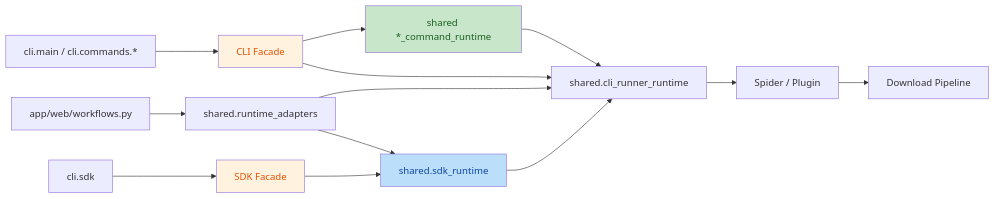
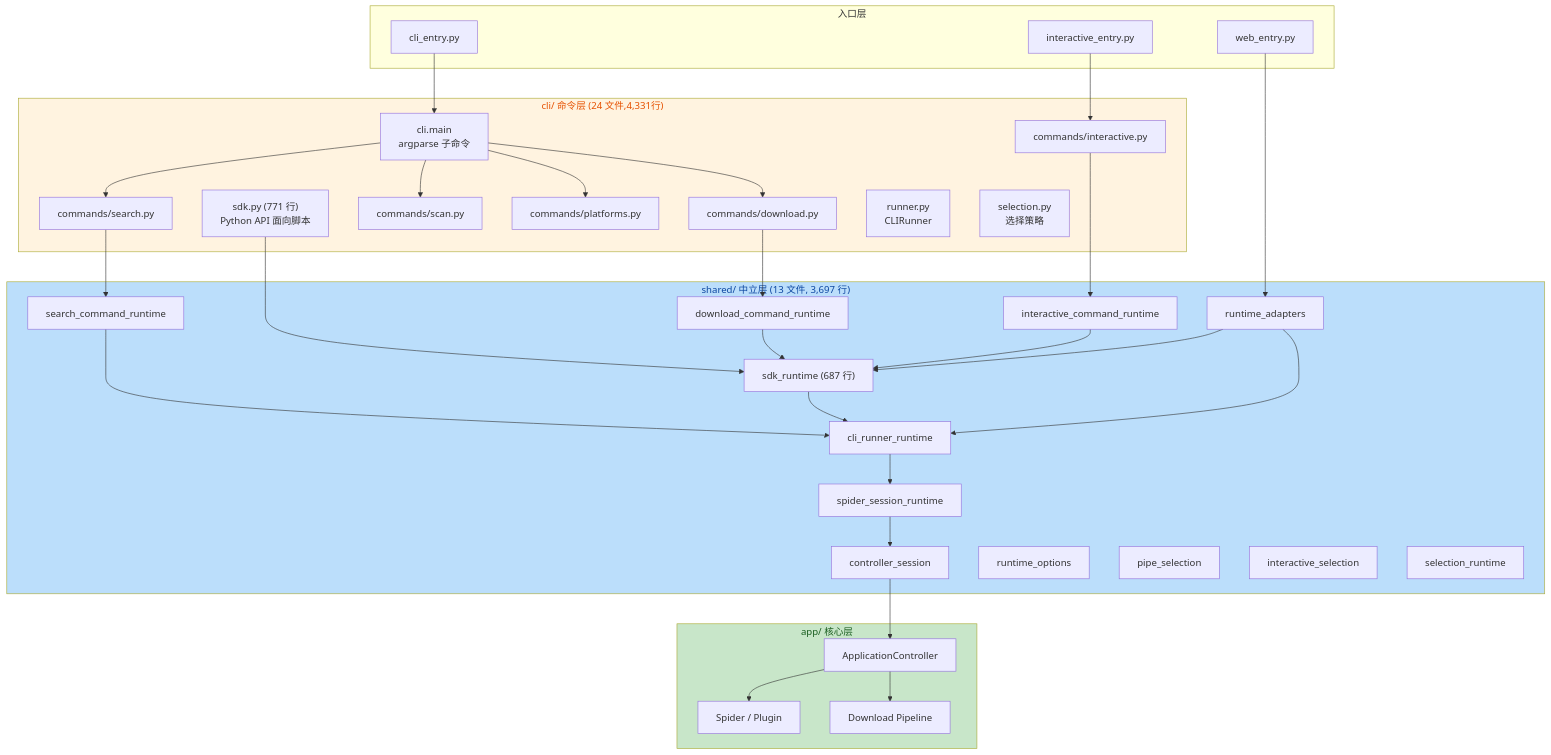
Before and after one commit to haohaizi554/UniversalCrawler: the first of 5 diagrams in mermaid/07-cli-sdk-runtime.md, drawn with Mermaid. The commit also changed other lines of this file and 78 other files, not shown here.

Commit message:
Sync local workspace: packaging adaptation, frontend hardening, and architecture review.

````diff
--- a/mermaid/07-cli-sdk-runtime.md
+++ b/mermaid/07-cli-sdk-runtime.md
@@ -5,22 +5,73 @@
 ```mermaid
-flowchart LR
-    CLI[cli.main / cli.commands.*] --> Facade[CLI Facade]
-    SDK[cli.sdk] --> SDKFacade[SDK Facade]
-    WEB[app/web/workflows.py] --> Adapter[shared.runtime_adapters]
+flowchart TB
+    subgraph Entry["入口层"]
+        CLIEntry["cli_entry.py"]
+        InteractiveEntry["interactive_entry.py"]
+        WebEntry["web_entry.py"]
+    end
 
-    Facade --> SharedCmd[shared *_command_runtime]
-    SDKFacade --> SharedSDK[shared.sdk_runtime]
-    Facade --> SharedRunner[shared.cli_runner_runtime]
-    Adapter --> SharedRunner
-    Adapter --> SharedSDK
+    subgraph CLI["cli/ 命令层 (24 文件,4,331行)"]
+        Main["cli.main<br/>argparse 子命令"]
+        CmdSearch["commands/search.py"]
+        CmdDownload["commands/download.py"]
+        CmdInteractive["commands/interactive.py"]
+        CmdScan["commands/scan.py"]
+        CmdPlatforms["commands/platforms.py"]
+        SDK["sdk.py (771 行)<br/>Python API 面向脚本"]
+        Runner["runner.py<br/>CLIRunner"]
+        Selection["selection.py<br/>选择策略"]
+    end
 
-    SharedCmd --> SharedRunner
-    SharedSDK --> SharedRunner
-    SharedRunner --> Spider[Spider / Plugin]
-    Spider --> Downloader[Download Pipeline]
+    subgraph Shared["shared/ 中立层 (13 文件, 3,697 行)"]
+        SearchRt["search_command_runtime"]
+        DownloadRt["download_command_runtime"]
+        InteractiveRt["interactive_command_runtime"]
+        SDKRt["sdk_runtime (687 行)"]
+        CLIRunnerRt["cli_runner_runtime"]
+        SpiderSession["spider_session_runtime"]
+        ControllerSession["controller_session"]
+        RuntimeOpts["runtime_options"]
+        RuntimeAdapters["runtime_adapters"]
+        PipeSel["pipe_selection"]
+        InteractiveSel["interactive_selection"]
+        SelectionRt["selection_runtime"]
+    end
 
-    style Facade fill:#fff3e0,color:#e65100
-    style SDKFacade fill:#fff3e0,color:#e65100
-    style SharedCmd fill:#c8e6c9,color:#1a5e20
-    style SharedSDK fill:#bbdefb,color:#0d47a1
+    subgraph App["app/ 核心层"]
+        AppCtrl["ApplicationController"]
+        Spider["Spider / Plugin"]
+        Download["Download Pipeline"]
+    end
+
+    CLIEntry --> Main
+    InteractiveEntry --> CmdInteractive
+    WebEntry --> RuntimeAdapters
+
+    Main --> CmdSearch
+    Main --> CmdDownload
+    Main --> CmdScan
+    Main --> CmdPlatforms
+
+    CmdSearch --> SearchRt
+    CmdDownload --> DownloadRt
+    CmdInteractive --> InteractiveRt
+    SDK --> SDKRt
+
+    SearchRt --> CLIRunnerRt
+    DownloadRt --> SDKRt
+    InteractiveRt --> SDKRt
+    SDKRt --> CLIRunnerRt
+    CLIRunnerRt --> SpiderSession
+    SpiderSession --> ControllerSession
+    ControllerSession --> AppCtrl
+
+    RuntimeAdapters --> CLIRunnerRt
+    RuntimeAdapters --> SDKRt
+
+    AppCtrl --> Spider
+    AppCtrl --> Download
+
+    style CLI fill:#fff3e0,color:#e65100
+    style Shared fill:#bbdefb,color:#0d47a1
+    style App fill:#c8e6c9,color:#1a5e20
 ```
````
